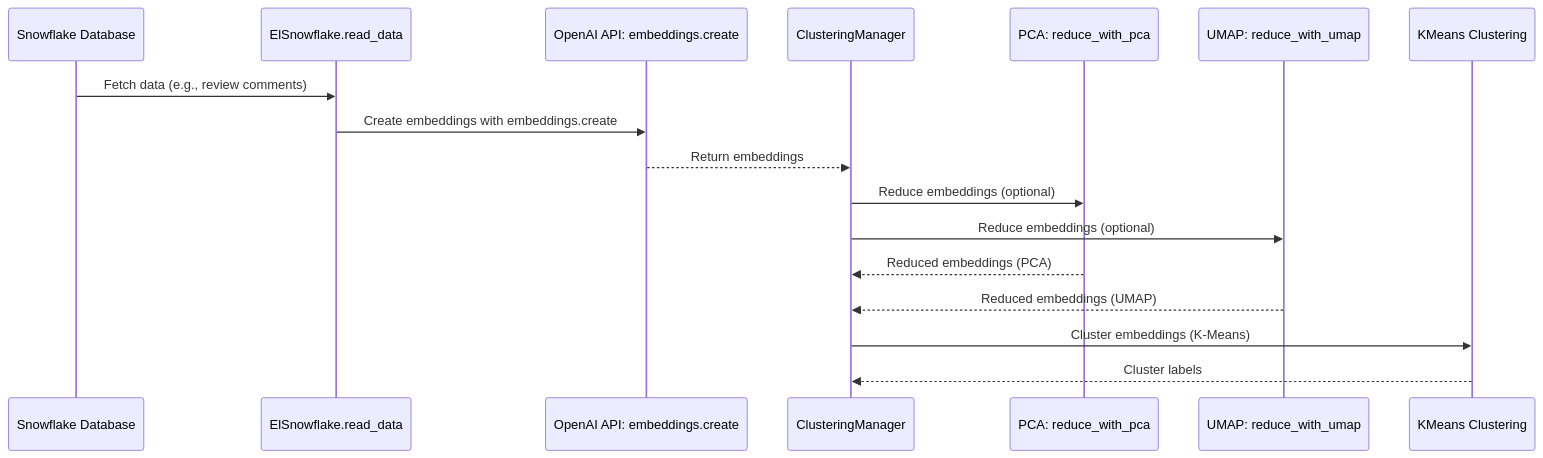
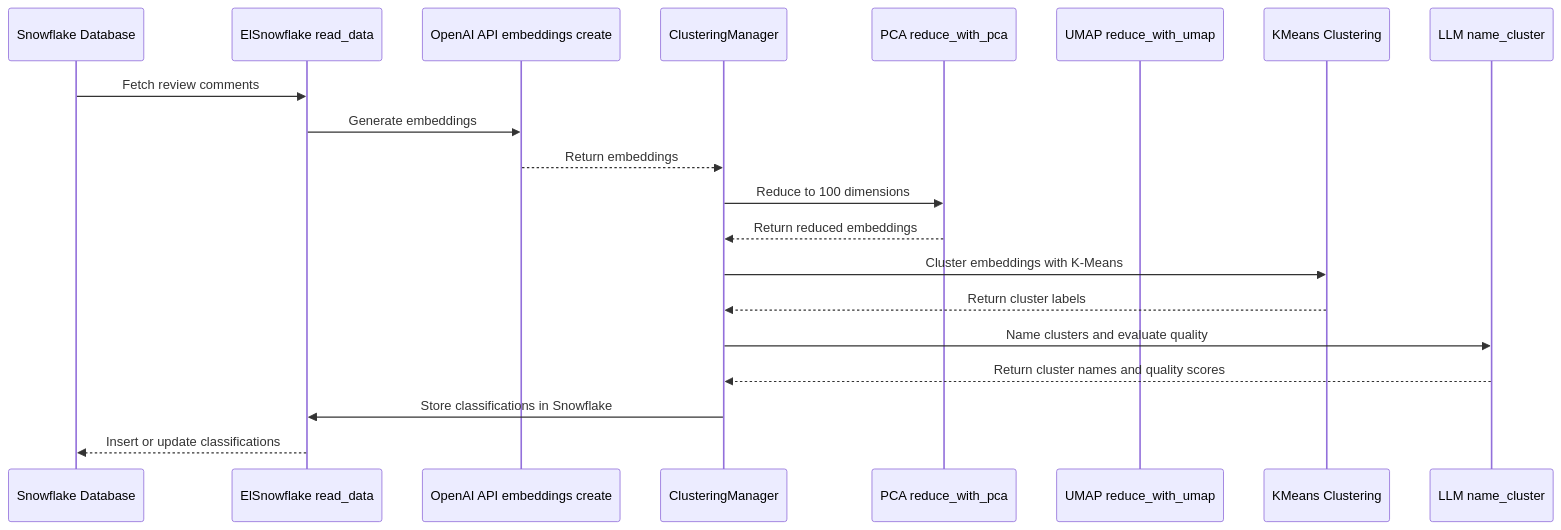
Before and after one commit to davecthomas/embedding_label_clusters: the diagram in README.md, drawn with Mermaid. The commit also changed other lines of this file and 5 other files, not shown here.

````diff
--- a/README.md
+++ b/README.md
@@ -167,25 +110,27 @@
 ```mermaid
 sequenceDiagram
     participant SnowflakeDB as Snowflake Database
-    participant ElSnowflake as ElSnowflake.read_data
-    participant OpenAI as OpenAI API: embeddings.create
+    participant ElSnowflake as ElSnowflake read_data
+    participant OpenAI as OpenAI API embeddings create
     participant ClusteringManager as ClusteringManager
-    participant PCA as PCA: reduce_with_pca
-    participant UMAP as UMAP: reduce_with_umap
+    participant PCA as PCA reduce_with_pca
+    participant UMAP as UMAP reduce_with_umap
     participant KMeans as KMeans Clustering
+    participant LLM as LLM name_cluster
 
+    SnowflakeDB->>ElSnowflake: Fetch review comments
+    ElSnowflake->>OpenAI: Generate embeddings
+    OpenAI-->>ClusteringManager: Return embeddings
+    ClusteringManager->>PCA: Reduce to 100 dimensions
+    PCA-->>ClusteringManager: Return reduced embeddings
 
-    SnowflakeDB->>ElSnowflake: Fetch data (e.g., review comments)
-    ElSnowflake->>OpenAI: Create embeddings with embeddings.create
-    OpenAI-->>ClusteringManager: Return embeddings
-    ClusteringManager->>PCA: Reduce embeddings (optional)
-    ClusteringManager->>UMAP: Reduce embeddings (optional)
+    ClusteringManager->>KMeans: Cluster embeddings with K-Means
+    KMeans-->>ClusteringManager: Return cluster labels
 
-    PCA-->>ClusteringManager: Reduced embeddings (PCA)
-    UMAP-->>ClusteringManager: Reduced embeddings (UMAP)
+    ClusteringManager->>LLM: Name clusters and evaluate quality
+    LLM-->>ClusteringManager: Return cluster names and quality scores
 
-    ClusteringManager->>KMeans: Cluster embeddings (K-Means)
-
-    KMeans-->>ClusteringManager: Cluster labels
+    ClusteringManager->>ElSnowflake: Store classifications in Snowflake
+    ElSnowflake-->>SnowflakeDB: Insert or update classifications
 
 ```
````
